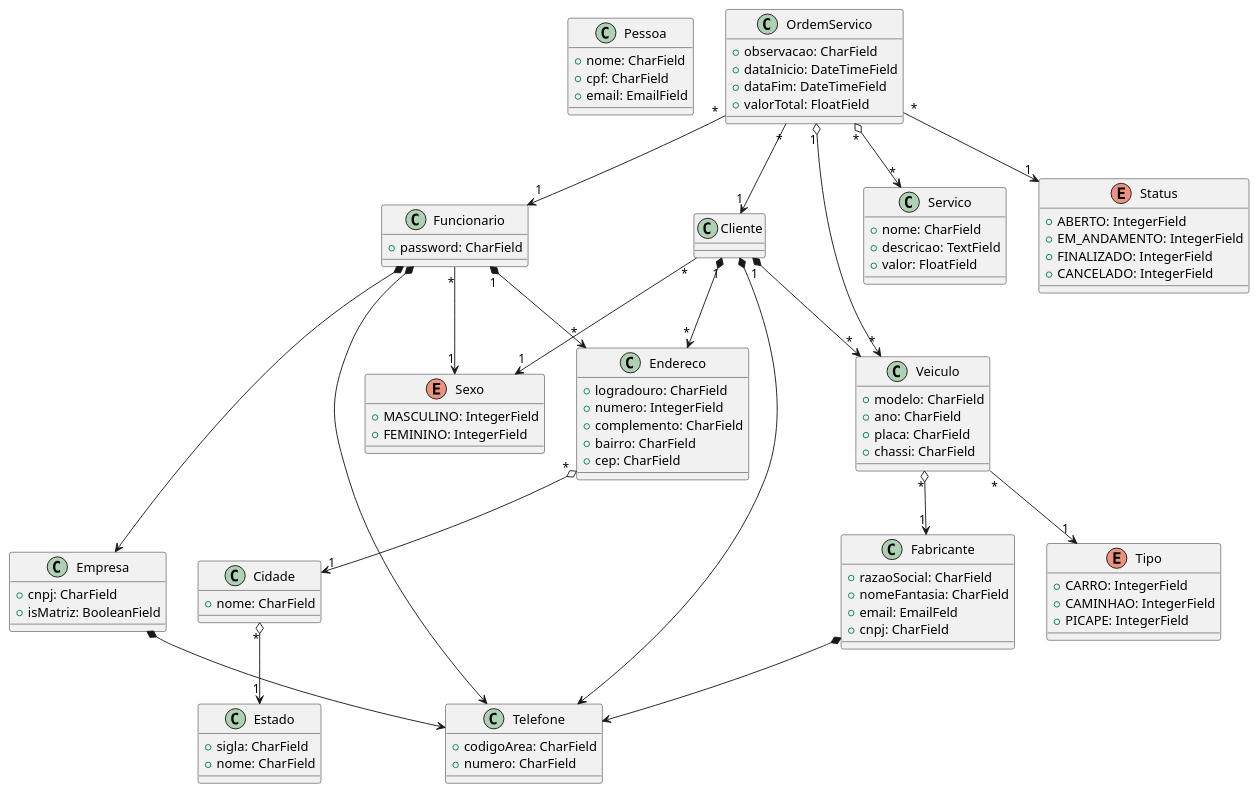
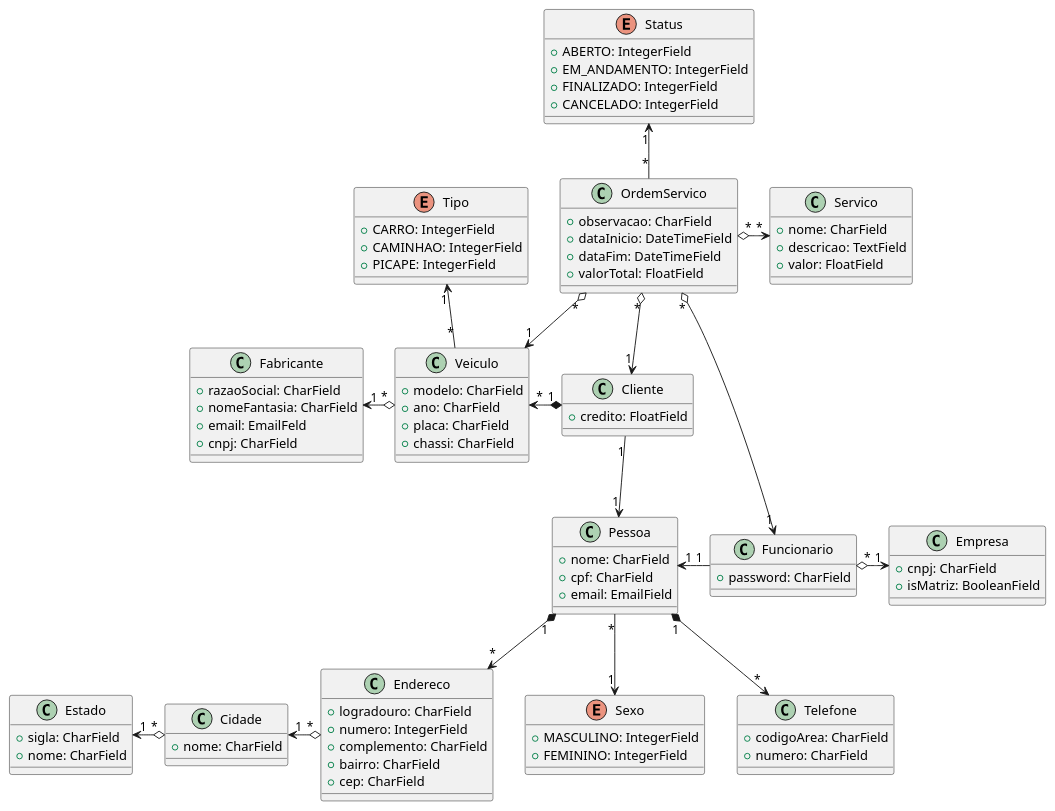
One commit to mateus1503/CarRepair changed the diagram in uml_loja.puml. Above: the diagram before and after it, drawn with PlantUML. The commit also changed 11 other files, not shown here.

Commit message:
Adicionado o app veiculo e editado o UML

```diff
--- a/uml_loja.puml
+++ b/uml_loja.puml
@@ -1,115 +1,113 @@
 @startuml
 'https://plantuml.com/class-diagram
 
 class Pessoa {
     + nome: CharField
     + cpf: CharField
     + email: EmailField
 }
 
 class Funcionario {
     + password: CharField
 }
 
 class Cliente {
+    + credito: FloatField
 }
 
 enum Sexo {
     + MASCULINO: IntegerField
     + FEMININO: IntegerField
 }
 
 class Telefone {
     + codigoArea: CharField
     + numero: CharField
 }
 
 class Empresa {
     + cnpj: CharField
     + isMatriz: BooleanField
 }
 
 class Endereco {
     + logradouro: CharField
     + numero: IntegerField
     + complemento: CharField
     + bairro: CharField
     + cep: CharField
 }
 
 class Cidade {
     + nome: CharField
 }
 
 class Estado {
     + sigla: CharField
     + nome: CharField
 }
 
 class Fabricante {
     + razaoSocial: CharField
     + nomeFantasia: CharField
     + email: EmailFeld
     + cnpj: CharField
 }
 
 class Veiculo {
     + modelo: CharField
     + ano: CharField
     + placa: CharField
     + chassi: CharField
 }
 
 enum Tipo {
     + CARRO: IntegerField
     + CAMINHAO: IntegerField
     + PICAPE: IntegerField
 }
 
 class Servico {
     + nome: CharField
     + descricao: TextField
     + valor: FloatField
 }
 
 class OrdemServico {
     + observacao: CharField
     + dataInicio: DateTimeField
     + dataFim: DateTimeField
     + valorTotal: FloatField
 }
 
 enum Status {
     + ABERTO: IntegerField
     + EM_ANDAMENTO: IntegerField
     + FINALIZADO: IntegerField
     + CANCELADO: IntegerField
 }
 
-Cliente "1" *--> "*" Veiculo
-Cliente "1" *--> "*" Endereco
-Cliente "*" --> "1" Sexo
-Cliente *--> Telefone
+OrdemServico "*" o--> "1" Veiculo
+OrdemServico "*" o-left-> "1" Cliente
+OrdemServico "*" o--> "1" Funcionario
+OrdemServico "*" o-right-> "*" Servico
+OrdemServico "*" -up-> "1" Status
 
-Funcionario "1" *--> "*" Endereco
-Funcionario "*" --> "1" Sexo
-Funcionario *--> Telefone
-Funcionario *--> Empresa
+Veiculo "*" -up-> "1" Tipo
+Veiculo "*" o-left-> "1" Fabricante
 
-Veiculo "*" o--> "1" Fabricante
-Veiculo "*" --> "1" Tipo
+Funcionario "1" -left-> "1" Pessoa
+Funcionario "*" o-right-> "1" Empresa
 
-OrdemServico "1" o--> "*" Veiculo
-OrdemServico "*" o--> "*" Servico
-OrdemServico "*" --> "1" Status
-OrdemServico "*" --> "1" Cliente
-OrdemServico "*" --> "1" Funcionario
+Cliente "1" --> "1" Pessoa
+Cliente "1" *-left-> "*" Veiculo
 
-Empresa *--> Telefone
-Fabricante *--> Telefone
+Pessoa "1" *-down-> "*" Endereco
+Pessoa "1" *--> "*" Telefone
+Pessoa "*" --> "1" Sexo
 
+Endereco "*" o-left-> "1" Cidade
 
-Endereco "*" o--> "1" Cidade
-Cidade "*" o--> "1" Estado
+Cidade "*" o-left-> "1" Estado
 
 @enduml
```
